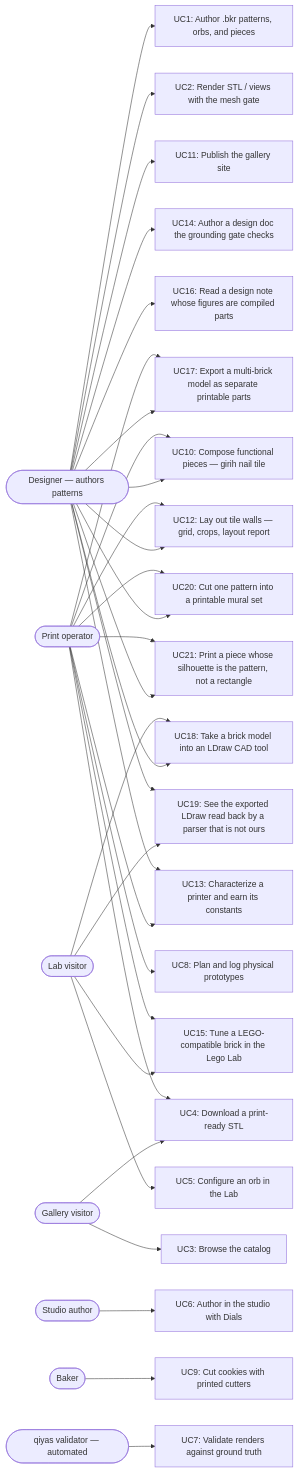
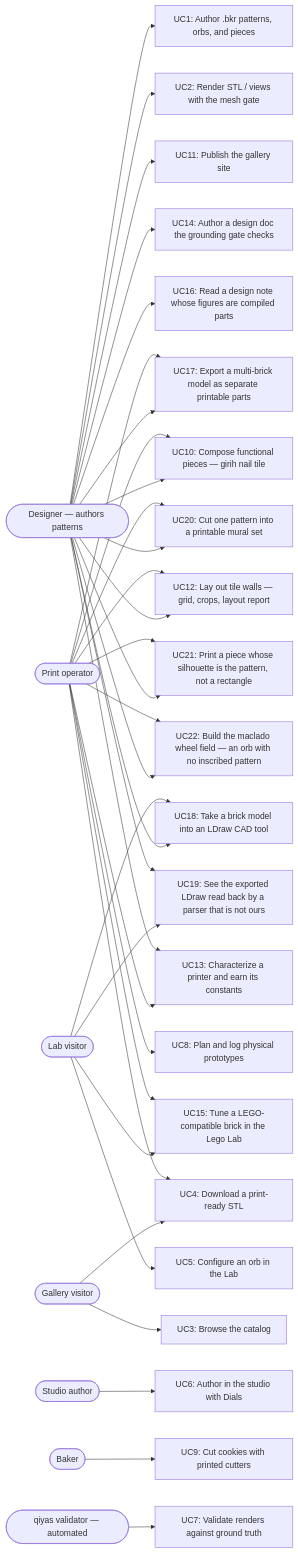
Before and after one commit to omars-lab/3d-models: the diagram in .claude/skills/maintain-use-cases/use-cases.md, drawn with Mermaid. The commit also changed other lines of this file and 7 other files, not shown here.

````diff
--- a/.claude/skills/maintain-use-cases/use-cases.md
+++ b/.claude/skills/maintain-use-cases/use-cases.md
@@ -37,42 +37,44 @@
 ```mermaid
 flowchart LR
   designer([Designer — authors patterns])
   visitor([Gallery visitor])
   labuser([Lab visitor])
   studiouser([Studio author])
   printop([Print operator])
   baker([Baker])
   validator([qiyas validator — automated])
 
   designer --> UC1[UC1: Author .bkr patterns, orbs, and pieces]
   designer --> UC2[UC2: Render STL / views with the mesh gate]
   designer --> UC10[UC10: Compose functional pieces — girih nail tile]
   designer --> UC11[UC11: Publish the gallery site]
   designer --> UC12[UC12: Lay out tile walls — grid, crops, layout report]
   designer --> UC14[UC14: Author a design doc the grounding gate checks]
   designer --> UC16[UC16: Read a design note whose figures are compiled parts]
   designer --> UC17[UC17: Export a multi-brick model as separate printable parts]
   printop --> UC17
   designer --> UC18[UC18: Take a brick model into an LDraw CAD tool]
   labuser --> UC18
   labuser --> UC19[UC19: See the exported LDraw read back by a parser that is not ours]
   designer --> UC19
   designer --> UC20[UC20: Cut one pattern into a printable mural set]
   printop --> UC20
   designer --> UC21[UC21: Print a piece whose silhouette is the pattern, not a rectangle]
   printop --> UC21
+  designer --> UC22[UC22: Build the maclado wheel field — an orb with no inscribed pattern]
+  printop --> UC22
   visitor --> UC3[UC3: Browse the catalog]
   visitor --> UC4[UC4: Download a print-ready STL]
   labuser --> UC5[UC5: Configure an orb in the Lab]
   labuser --> UC15[UC15: Tune a LEGO-compatible brick in the Lego Lab]
   printop --> UC15
   studiouser --> UC6[UC6: Author in the studio with Dials]
   printop --> UC4
   printop --> UC8[UC8: Plan and log physical prototypes]
   printop --> UC10
   printop --> UC12
   printop --> UC13[UC13: Characterize a printer and earn its constants]
   designer --> UC13
   baker --> UC9[UC9: Cut cookies with printed cutters]
   validator --> UC7[UC7: Validate renders against ground truth]
 ```
````
